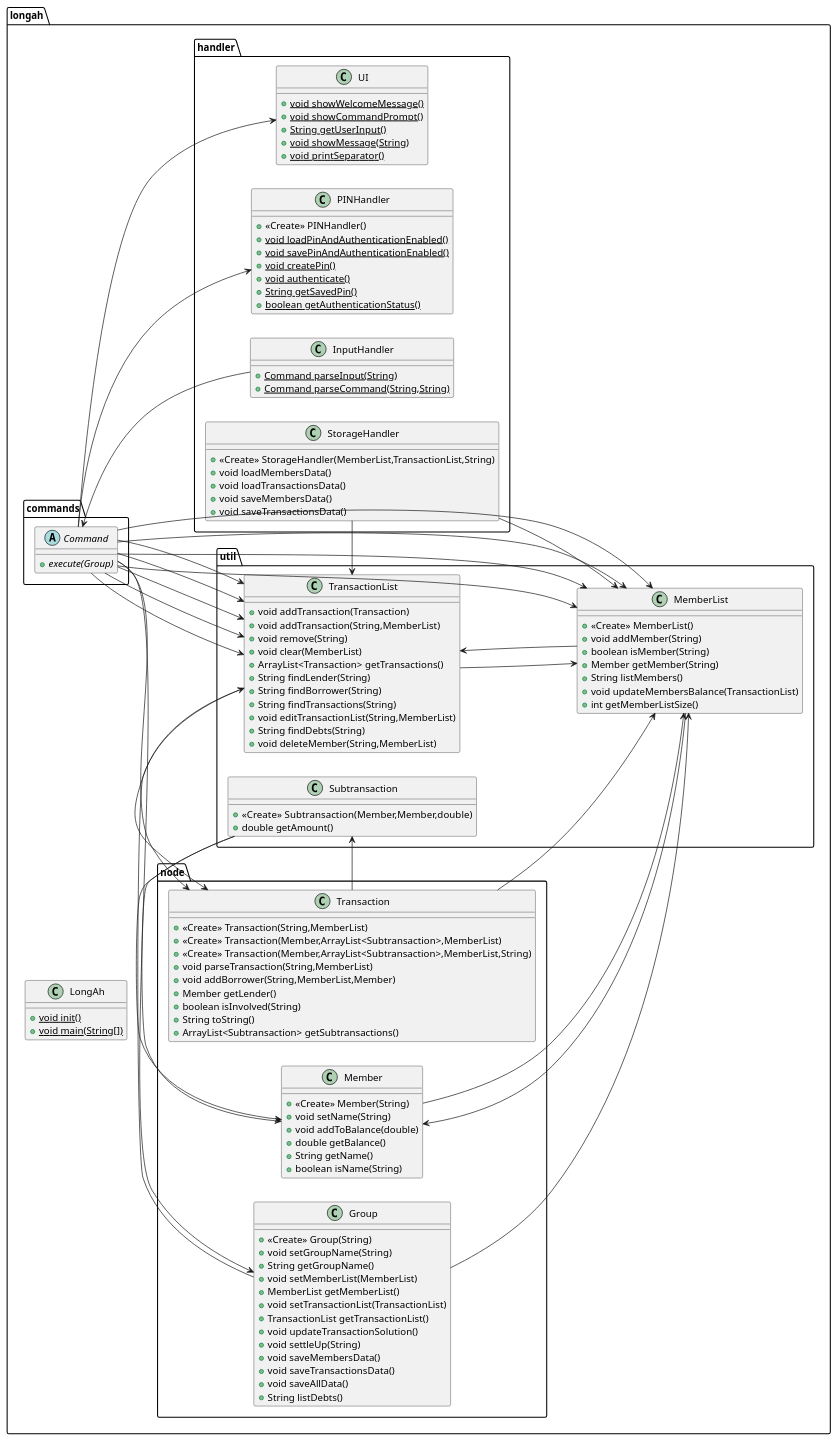
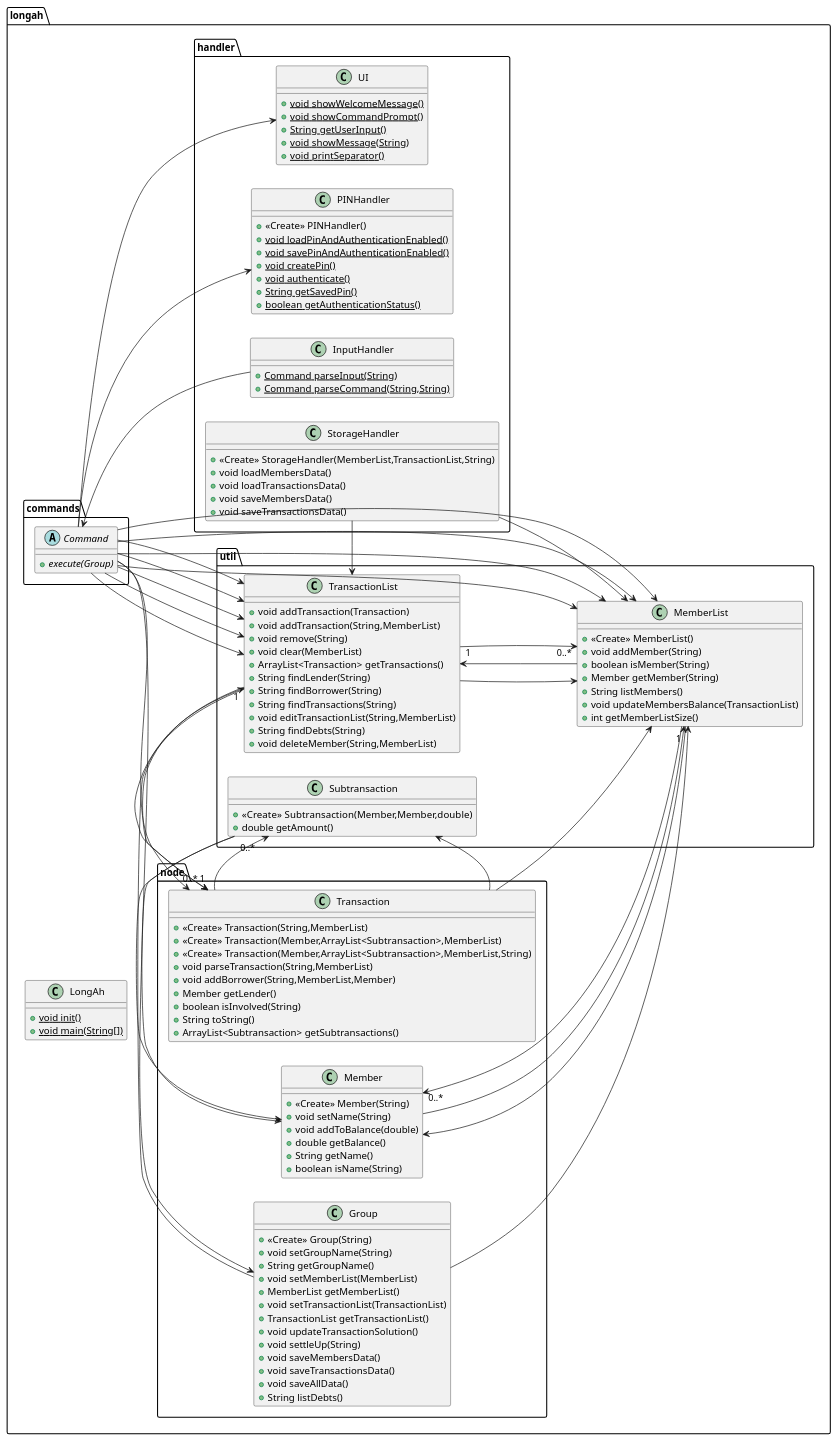
The diagram in docs/diagrams/main.puml (jing-xiang/tp), drawn with PlantUML before and after one commit.

```diff
--- a/docs/diagrams/main.puml
+++ b/docs/diagrams/main.puml
@@ -1,140 +1,143 @@
 @startuml
 left to right direction
 
 abstract class longah.commands.Command {
 + {abstract} execute(Group)
 }
 
 class longah.node.Transaction {
 + <<Create>> Transaction(String,MemberList)
 + <<Create>> Transaction(Member,ArrayList<Subtransaction>,MemberList)
 + <<Create>> Transaction(Member,ArrayList<Subtransaction>,MemberList,String)
 + void parseTransaction(String,MemberList)
 + void addBorrower(String,MemberList,Member)
 + Member getLender()
 + boolean isInvolved(String)
 + String toString()
 + ArrayList<Subtransaction> getSubtransactions()
 }
 
 class longah.util.TransactionList {
 + void addTransaction(Transaction)
 + void addTransaction(String,MemberList)
 + void remove(String)
 + void clear(MemberList)
 + ArrayList<Transaction> getTransactions()
 + String findLender(String)
 + String findBorrower(String)
 + String findTransactions(String)
 + void editTransactionList(String,MemberList)
 + String findDebts(String)
 + void deleteMember(String,MemberList)
 }
 
 class longah.util.MemberList {
 + <<Create>> MemberList()
 + void addMember(String)
 + boolean isMember(String)
 + Member getMember(String)
 + String listMembers()
 + void updateMembersBalance(TransactionList)
 + int getMemberListSize()
 }
 
 class longah.util.Subtransaction {
 + <<Create>> Subtransaction(Member,Member,double)
 + double getAmount()
 }
 
 class longah.handler.UI {
 + {static} void showWelcomeMessage()
 + {static} void showCommandPrompt()
 + {static} String getUserInput()
 + {static} void showMessage(String)
 + {static} void printSeparator()
 }
 
 class longah.node.Member {
 + <<Create>> Member(String)
 + void setName(String)
 + void addToBalance(double)
 + double getBalance()
 + String getName()
 + boolean isName(String)
 }
 
 class longah.handler.PINHandler {
 + <<Create>> PINHandler()
 + {static} void loadPinAndAuthenticationEnabled()
 + {static} void savePinAndAuthenticationEnabled()
 + {static} void createPin()
 + {static} void authenticate()
 + {static} String getSavedPin()
 + {static} boolean getAuthenticationStatus()
 }
 
 class longah.LongAh {
 + {static} void init()
 + {static} void main(String[])
 }
 
 class longah.node.Group {
 + <<Create>> Group(String)
 + void setGroupName(String)
 + String getGroupName()
 + void setMemberList(MemberList)
 + MemberList getMemberList()
 + void setTransactionList(TransactionList)
 + TransactionList getTransactionList()
 + void updateTransactionSolution()
 + void settleUp(String)
 + void saveMembersData()
 + void saveTransactionsData()
 + void saveAllData()
 + String listDebts()
 }
 
 class longah.handler.InputHandler {
 + {static} Command parseInput(String)
 + {static} Command parseCommand(String,String)
 }
 
 class longah.handler.StorageHandler {
 + <<Create>> StorageHandler(MemberList,TransactionList,String)
 + void loadMembersData()
 + void loadTransactionsData()
 + void saveMembersData()
 + void saveTransactionsData()
 }
 
 longah.commands.Command --> longah.util.MemberList
 longah.commands.Command --> longah.node.Transaction
 longah.commands.Command --> longah.handler.UI
 longah.commands.Command --> longah.util.MemberList
 longah.commands.Command --> longah.util.MemberList
 longah.commands.Command --> longah.util.TransactionList
 longah.commands.Command --> longah.util.TransactionList
 longah.commands.Command --> longah.util.TransactionList
 longah.commands.Command --> longah.util.TransactionList
 longah.commands.Command --> longah.handler.PINHandler
 longah.commands.Command --> longah.node.Group
 longah.commands.Command --> longah.util.TransactionList
 longah.commands.Command --> longah.util.MemberList
 longah.handler.InputHandler --> longah.commands.Command
 longah.handler.StorageHandler --> longah.util.MemberList
 longah.handler.StorageHandler --> longah.util.TransactionList
 longah.node.Group --> longah.util.MemberList
 longah.node.Group --> longah.util.TransactionList
 longah.node.Member --> longah.util.MemberList
 longah.node.Transaction --> longah.util.MemberList
 longah.node.Transaction --> longah.util.Subtransaction
 longah.util.MemberList --> longah.node.Member
 longah.util.MemberList --> longah.util.TransactionList
 longah.util.Subtransaction --> longah.node.Member
 longah.util.Subtransaction --> longah.node.Member
 longah.util.TransactionList --> longah.node.Transaction
 longah.util.TransactionList --> longah.util.MemberList
 
-
+longah.util.MemberList "1" --> "0..*" longah.node.Member
+longah.util.TransactionList "1" --> "0..*" longah.node.Transaction
+longah.util.TransactionList "1" --> "0..*" longah.util.MemberList
+longah.node.Transaction "1" --> "0..*" longah.util.Subtransaction
 
 @enduml
```
